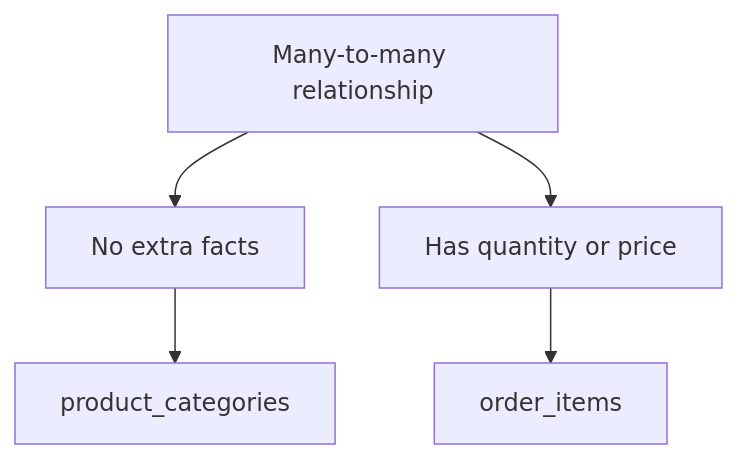
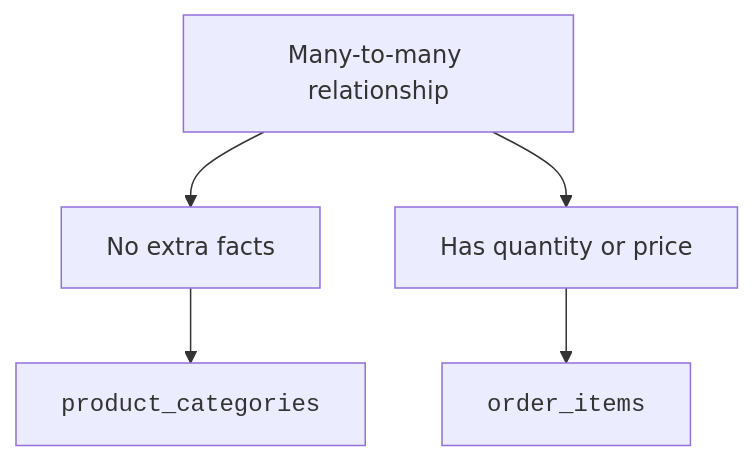
One commit to dataslope/dataslope changed the fourth of 5 diagrams in content/learn/database-design-postgresql/case-study-ecommerce.mdx. Above: the diagram before and after it, drawn with Mermaid. The commit also changed other lines of this file and 153 other files, not shown here.

First line of the commit message:
Render code-only mermaid shapes in monospace; convert step sequences to Steps

````diff
--- a/content/learn/database-design-postgresql/case-study-ecommerce.mdx
+++ b/content/learn/database-design-postgresql/case-study-ecommerce.mdx
@@ -116,7 +116,7 @@
 ```mermaid
 flowchart TD
     ManyMany["Many-to-many relationship"] --> Pure["No extra facts"]
     ManyMany --> WithFacts["Has quantity or price"]
-    Pure --> ProductCategories["product_categories"]
-    WithFacts --> OrderItems["order_items"]
+    Pure --> ProductCategories["<code>product_categories</code>"]
+    WithFacts --> OrderItems["<code>order_items</code>"]
 ```
````
